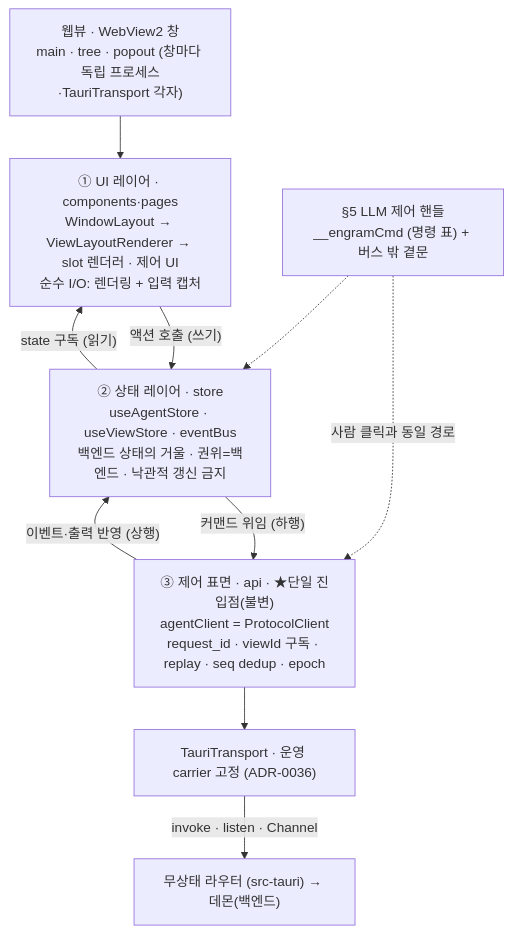
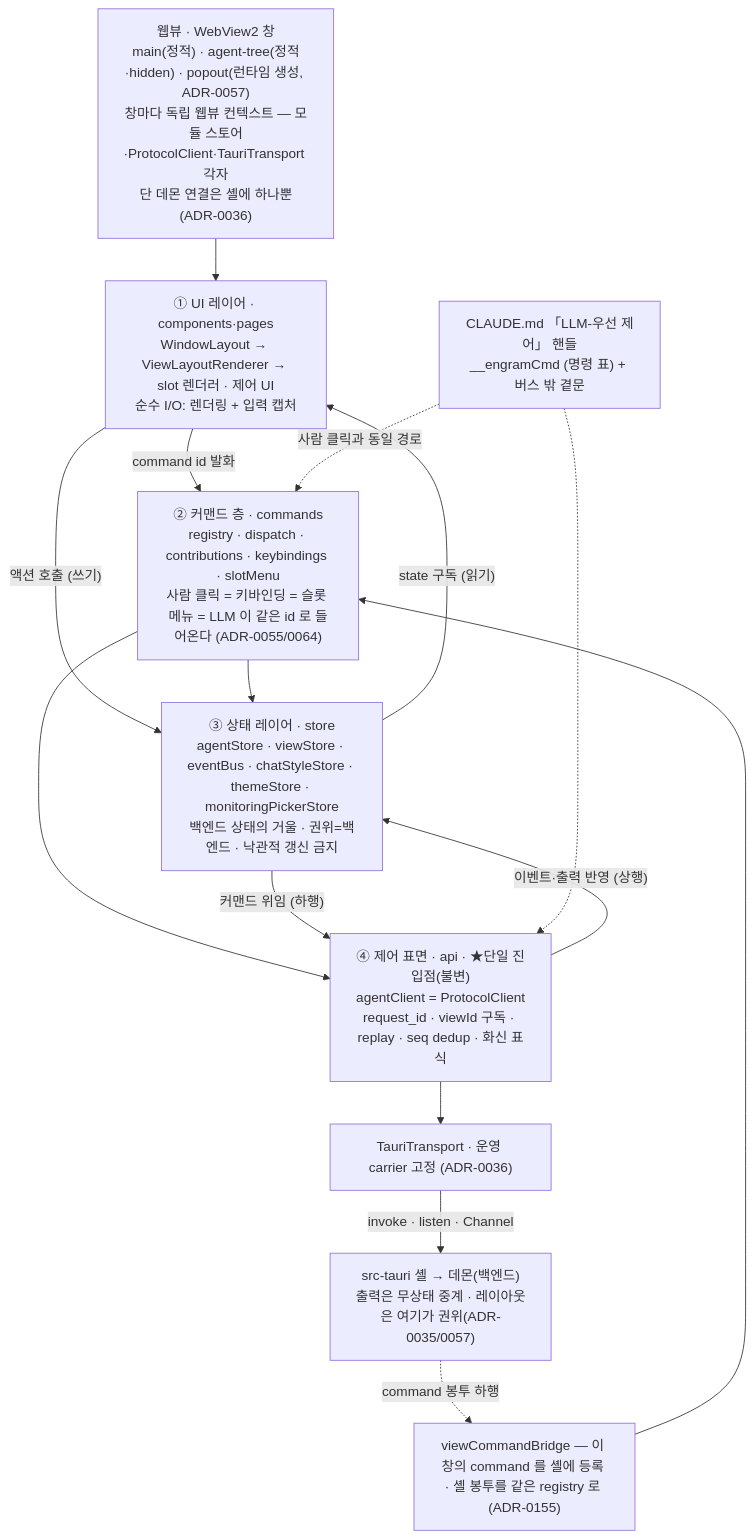
One commit to kimsunzun/engram-dashboard changed diagram 11 of 20 in docs/reference/architecture-overview.md. Above: the diagram before and after it, drawn with Mermaid. The commit also changed other lines of this file and 2 other files, not shown here.

````diff
--- a/docs/reference/architecture-overview.md
+++ b/docs/reference/architecture-overview.md
@@ -428,20 +482,27 @@
 ```mermaid
 flowchart TD
-  WV["웹뷰 · WebView2 창<br/>main · tree · popout (창마다 독립 프로세스·TauriTransport 각자)"]
+  WV["웹뷰 · WebView2 창<br/>main(정적) · agent-tree(정적·hidden) · popout(런타임 생성, ADR-0057)<br/>창마다 독립 웹뷰 컨텍스트 — 모듈 스토어·ProtocolClient·TauriTransport 각자<br/>단 데몬 연결은 셸에 하나뿐(ADR-0036)"]
   UI["① UI 레이어 · components·pages<br/>WindowLayout → ViewLayoutRenderer → slot 렌더러 · 제어 UI<br/>순수 I/O: 렌더링 + 입력 캡처"]
-  ST["② 상태 레이어 · store<br/>useAgentStore · useViewStore · eventBus<br/>백엔드 상태의 거울 · 권위=백엔드 · 낙관적 갱신 금지"]
-  CS["③ 제어 표면 · api · ★단일 진입점(불변)<br/>agentClient = ProtocolClient<br/>request_id · viewId 구독 · replay · seq dedup · epoch"]
+  CMD["② 커맨드 층 · commands<br/>registry · dispatch · contributions · keybindings · slotMenu<br/>사람 클릭 = 키바인딩 = 슬롯 메뉴 = LLM 이 같은 id 로 들어온다 (ADR-0055/0064)"]
+  BR["viewCommandBridge — 이 창의 command 를 셸에 등록 · 셸 봉투를 같은 registry 로 (ADR-0155)"]
+  ST["③ 상태 레이어 · store<br/>agentStore · viewStore · eventBus · chatStyleStore · themeStore · monitoringPickerStore<br/>백엔드 상태의 거울 · 권위=백엔드 · 낙관적 갱신 금지"]
+  CS["④ 제어 표면 · api · ★단일 진입점(불변)<br/>agentClient = ProtocolClient<br/>request_id · viewId 구독 · replay · seq dedup · 화신 표식"]
   TT["TauriTransport · 운영 carrier 고정 (ADR-0036)"]
-  BE["무상태 라우터 (src-tauri) → 데몬(백엔드)"]
-  LLM["§5 LLM 제어 핸들<br/>__engramCmd (명령 표) + 버스 밖 곁문"]
+  BE["src-tauri 셸 → 데몬(백엔드)<br/>출력은 무상태 중계 · 레이아웃은 여기가 권위(ADR-0035/0057)"]
+  LLM["CLAUDE.md 「LLM-우선 제어」 핸들<br/>__engramCmd (명령 표) + 버스 밖 곁문"]
 
   WV --> UI
+  UI -->|"command id 발화"| CMD
   UI -->|"액션 호출 (쓰기)"| ST
   ST -->|"state 구독 (읽기)"| UI
+  CMD --> ST
+  CMD --> CS
+  BR --> CMD
   ST -->|"커맨드 위임 (하행)"| CS
   CS -->|"이벤트·출력 반영 (상행)"| ST
   CS --> TT
   TT -->|"invoke · listen · Channel"| BE
-  LLM -.->|"사람 클릭과 동일 경로"| CS
-  LLM -.-> ST
+  BE -.->|"command 봉투 하행"| BR
+  LLM -.->|"사람 클릭과 동일 경로"| CMD
+  LLM -.-> CS
 ```
````
